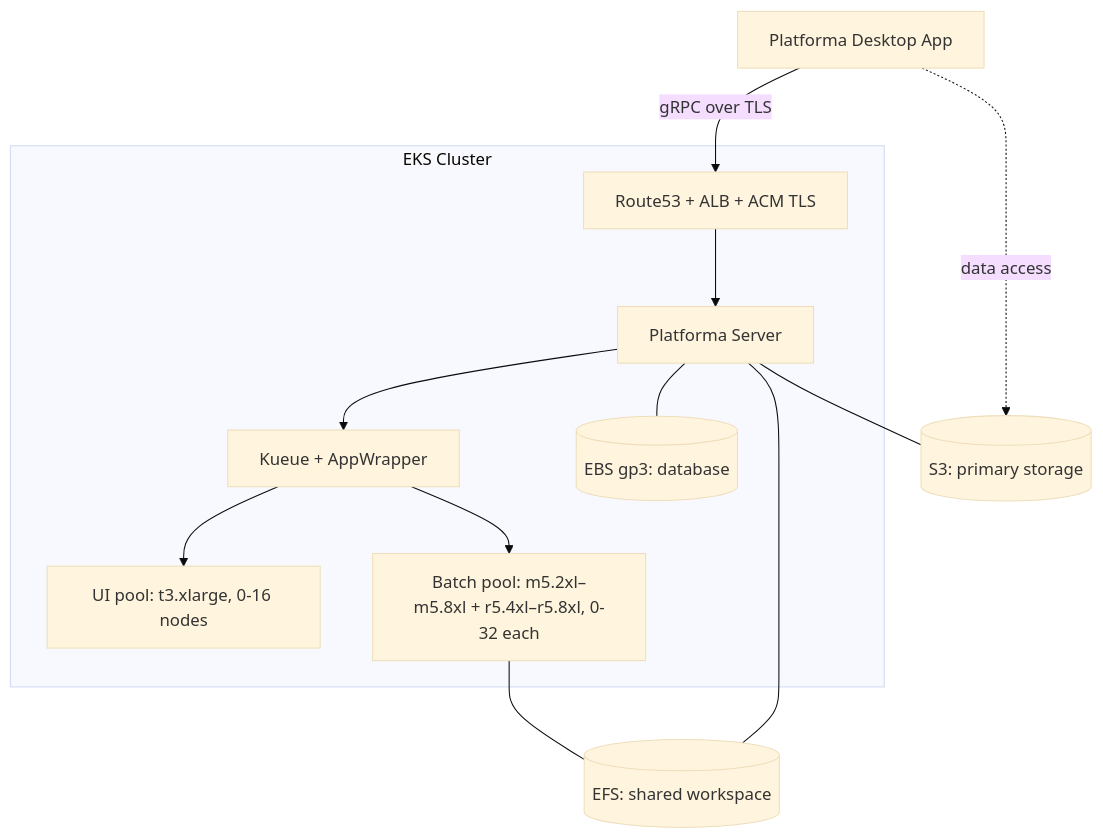
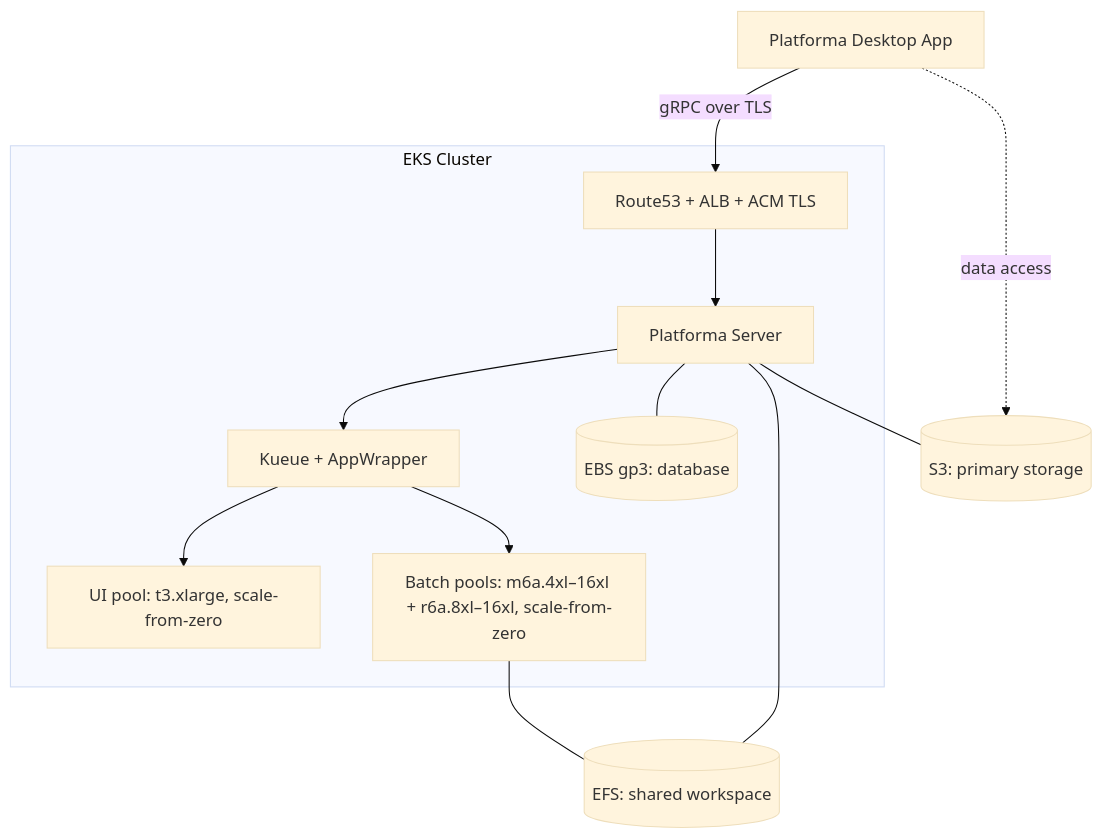
Before and after one commit to milaboratory/platforma-helm: the diagram in infrastructure/aws/README.md, drawn with Mermaid (base theme). The commit also changed other lines of this file and 1 other file, not shown here.

First line of the commit message:
refactor: redesign node pools — rename ComputeFamily to DeploymentSize

````diff
--- a/infrastructure/aws/README.md
+++ b/infrastructure/aws/README.md
@@ -9,20 +9,20 @@
 ```mermaid
 graph TD
     desktop["Platforma Desktop App"]
     dns["Route53 + ALB + ACM TLS"]
 
     desktop -->|"gRPC over TLS"| dns
     desktop -.->|"data access"| s3
 
     subgraph EKS["EKS Cluster"]
         dns --> platforma["Platforma Server"]
         platforma --> kueue["Kueue + AppWrapper"]
-        kueue --> ui["UI pool: t3.xlarge, 0-16 nodes"]
-        kueue --> batch["Batch pool: m5.2xl–m5.8xl + r5.4xl–r5.8xl, 0-32 each"]
+        kueue --> ui["UI pool: t3.xlarge, scale-from-zero"]
+        kueue --> batch["Batch pools: m6a.4xl–16xl + r6a.8xl–16xl, scale-from-zero"]
         platforma --- ebs[("EBS gp3: database")]
     end
 
     platforma --- s3[("S3: primary storage")]
     platforma --- efs[("EFS: shared workspace")]
     batch --- efs
 ```
````
